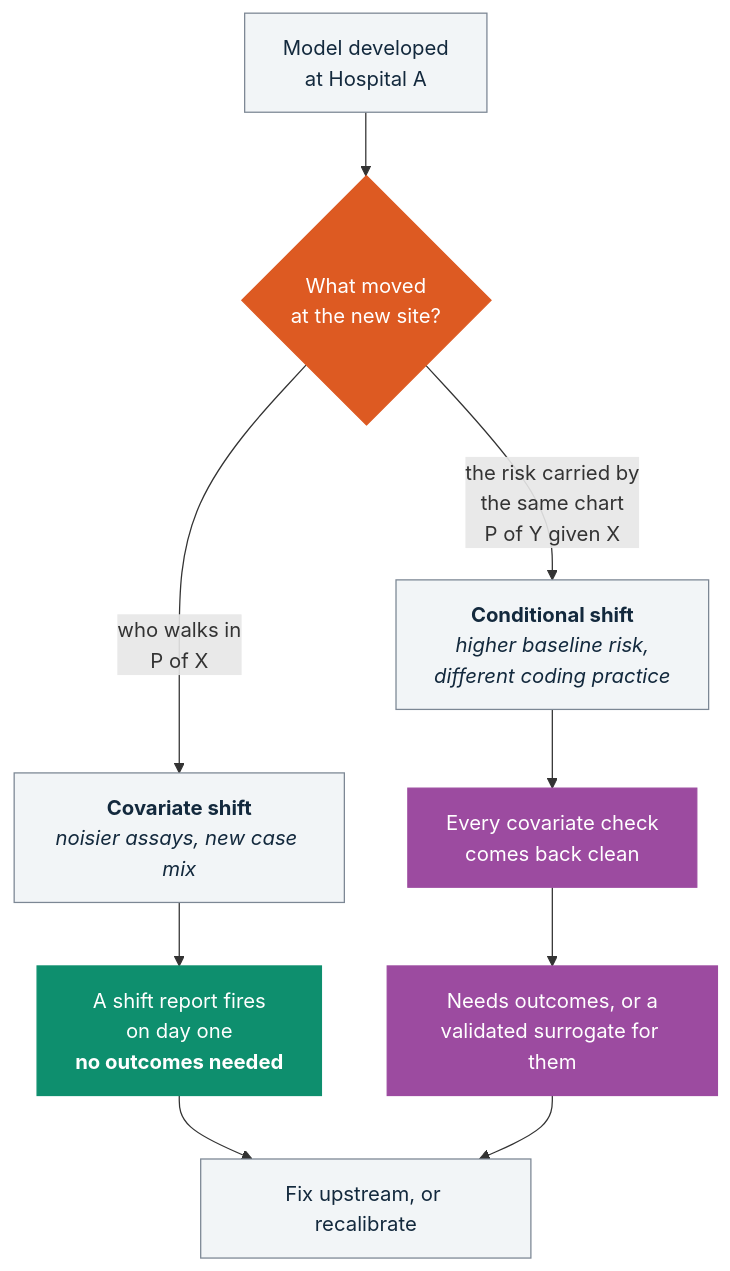
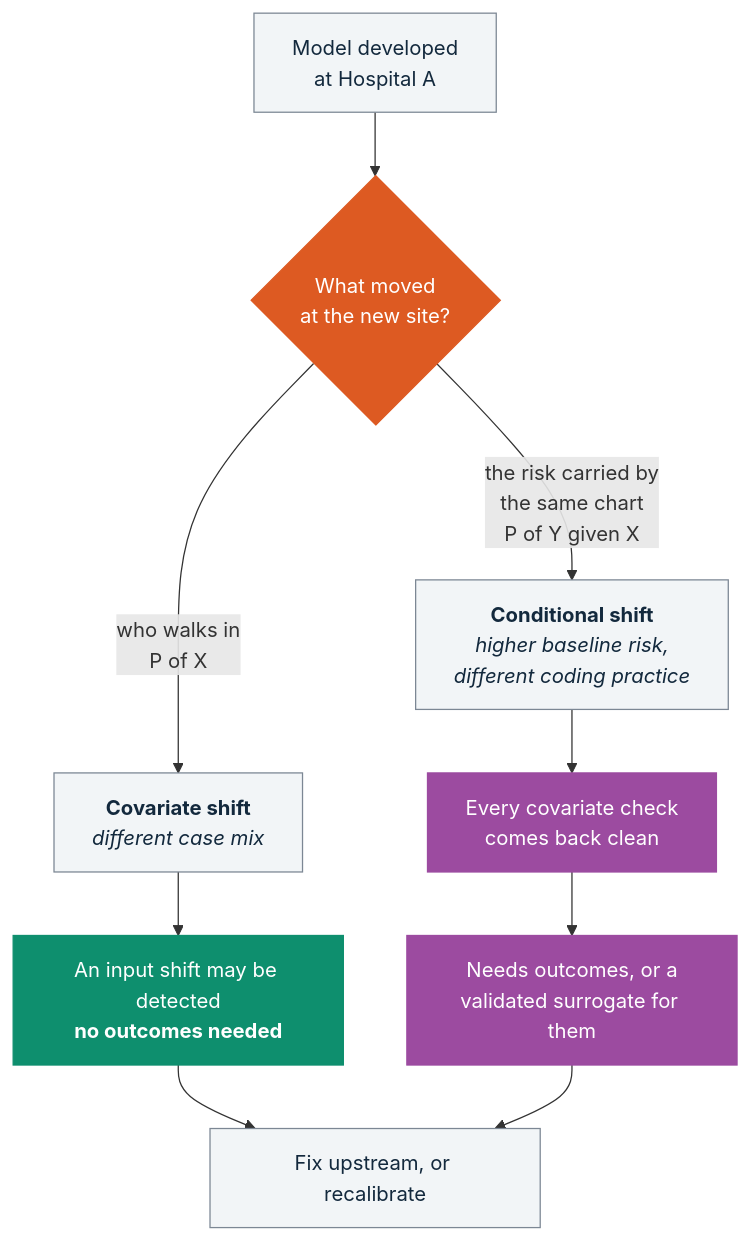
The second of 2 diagrams in README.md (vafaei-ar/ai-uncertainty-2026-healthcare), drawn with Mermaid before and after one commit. The commit also changed other lines of this file and 42 other files, not shown here.

````diff
--- a/README.md
+++ b/README.md
@@ -98,23 +96,23 @@
 ```mermaid
 flowchart TD
     A["Model developed<br/>at Hospital A"] --> B{"What moved<br/>at the new site?"}
 
-    B -->|"who walks in<br/>P of X"| C["<b>Covariate shift</b><br/><i>noisier assays, new case mix</i>"]
+    B -->|"who walks in<br/>P of X"| C["<b>Covariate shift</b><br/><i>different case mix</i>"]
     B -->|"the risk carried by<br/>the same chart<br/>P of Y given X"| D["<b>Conditional shift</b><br/><i>higher baseline risk,<br/>different coding practice</i>"]
 
-    C --> E["A shift report fires<br/>on day one<br/><b>no outcomes needed</b>"]
+    C --> E["An input shift may be detected<br/><b>no outcomes needed</b>"]
     D --> F["Every covariate check<br/>comes back clean"]
 
     E --> G["Fix upstream, or recalibrate"]
     F --> H["Needs outcomes, or a<br/>validated surrogate for them"]
     H --> G
 
     classDef q fill:#DD5A22,stroke:#DD5A22,color:#FFFFFF
     classDef good fill:#0E8F6E,stroke:#0E8F6E,color:#FFFFFF
     classDef bad fill:#9C4BA0,stroke:#9C4BA0,color:#FFFFFF
     classDef plain fill:#F2F5F7,stroke:#7C8794,color:#13293D
     class B q
     class E good
     class F,H bad
     class A,C,D,G plain
 ```
````
